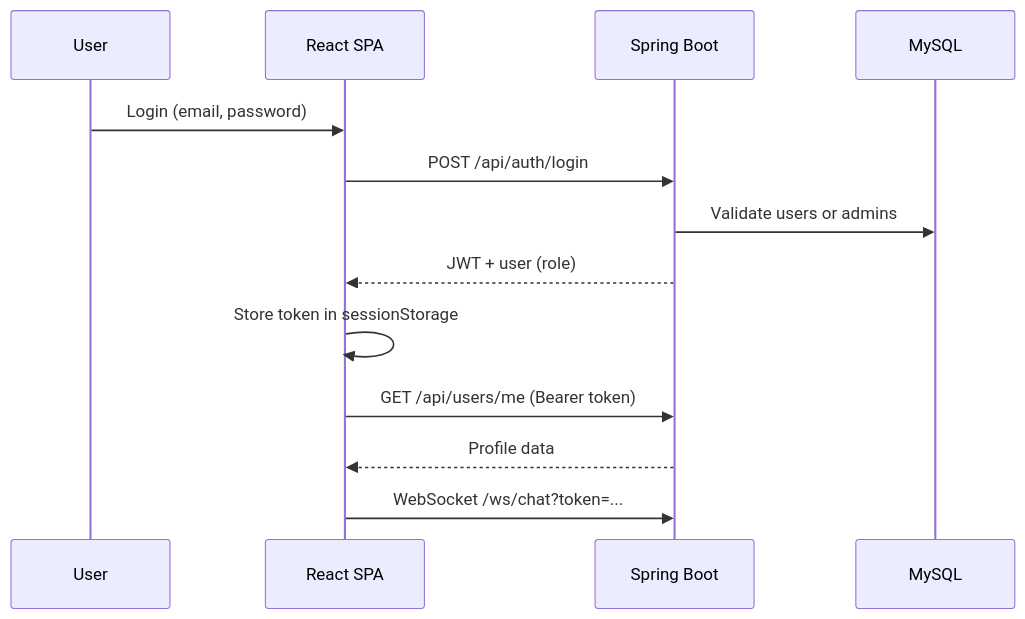
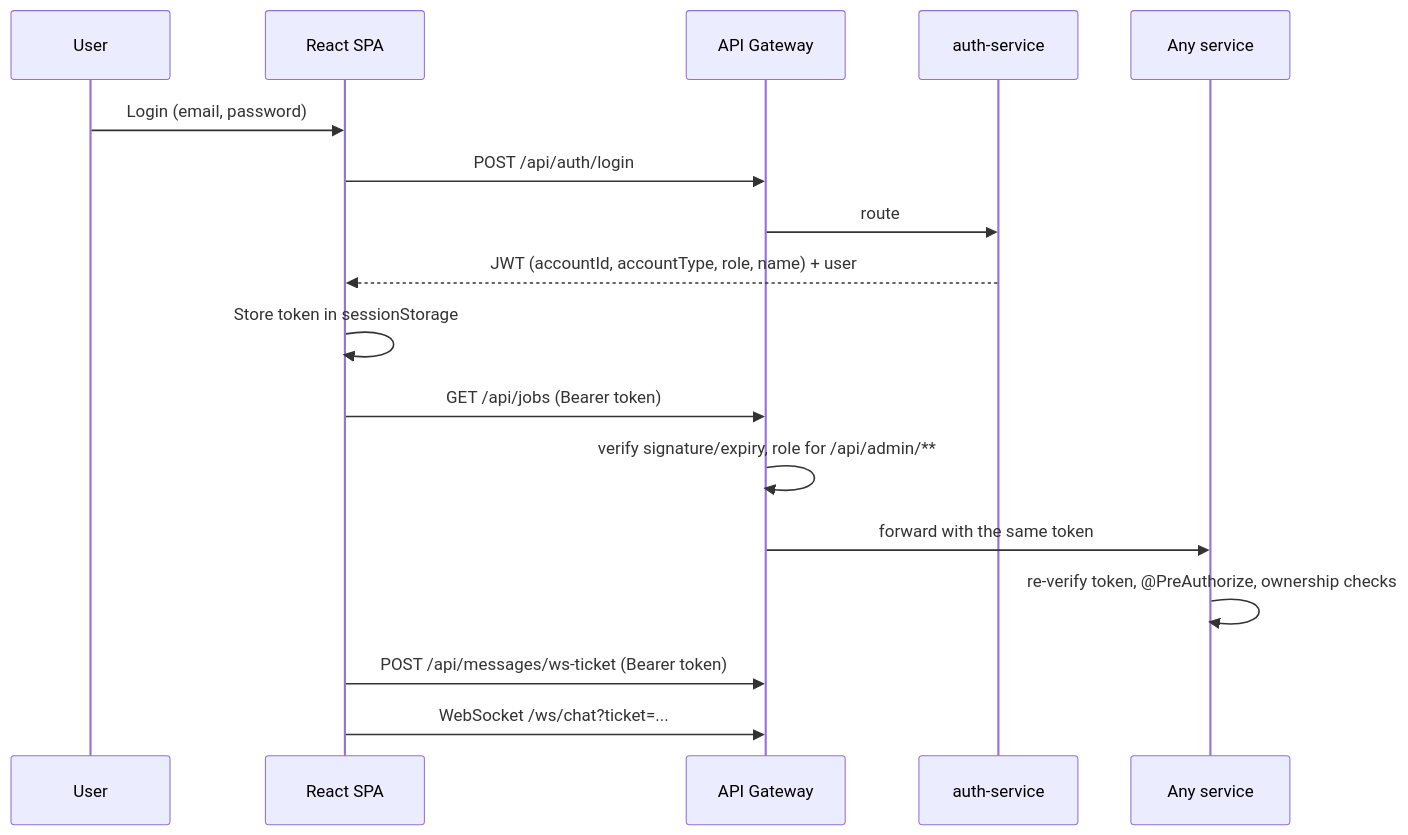
One commit to manisai03/Globalco changed the third of 4 diagrams in docs/ARCHITECTURE.md. Above: the diagram before and after it, drawn with Mermaid. The commit also changed other lines of this file and 415 other files, not shown here.

````diff
--- a/docs/ARCHITECTURE.md
+++ b/docs/ARCHITECTURE.md
@@ -142,16 +160,20 @@
 ```mermaid
 sequenceDiagram
     participant U as User
     participant FE as React SPA
-    participant API as Spring Boot
-    participant DB as MySQL
+    participant GW as API Gateway
+    participant A as auth-service
+    participant S as Any service
 
     U->>FE: Login (email, password)
-    FE->>API: POST /api/auth/login
-    API->>DB: Validate users or admins
-    API-->>FE: JWT + user (role)
+    FE->>GW: POST /api/auth/login
+    GW->>A: route
+    A-->>FE: JWT (accountId, accountType, role, name) + user
     FE->>FE: Store token in sessionStorage
-    FE->>API: GET /api/users/me (Bearer token)
-    API-->>FE: Profile data
-    FE->>API: WebSocket /ws/chat?token=...
+    FE->>GW: GET /api/jobs (Bearer token)
+    GW->>GW: verify signature/expiry, role for /api/admin/**
+    GW->>S: forward with the same token
+    S->>S: re-verify token, @PreAuthorize, ownership checks
+    FE->>GW: POST /api/messages/ws-ticket (Bearer token)
+    FE->>GW: WebSocket /ws/chat?ticket=...
 ```
````
